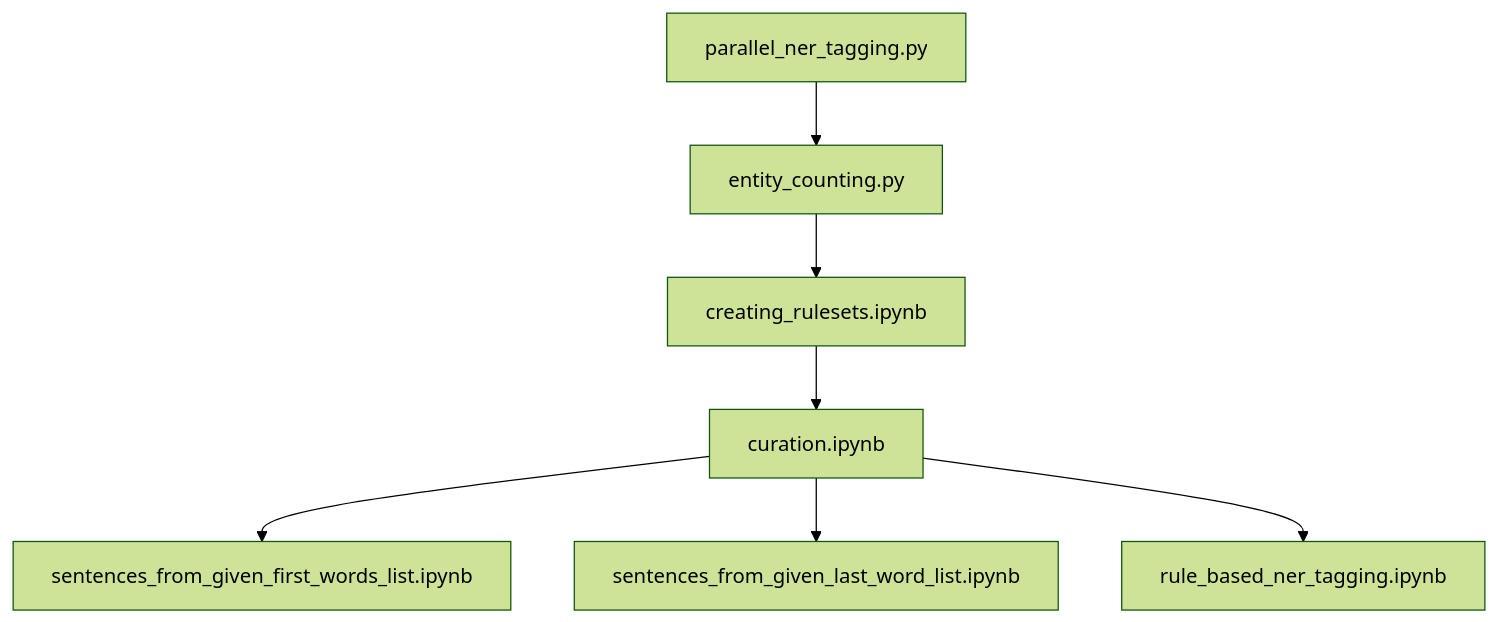
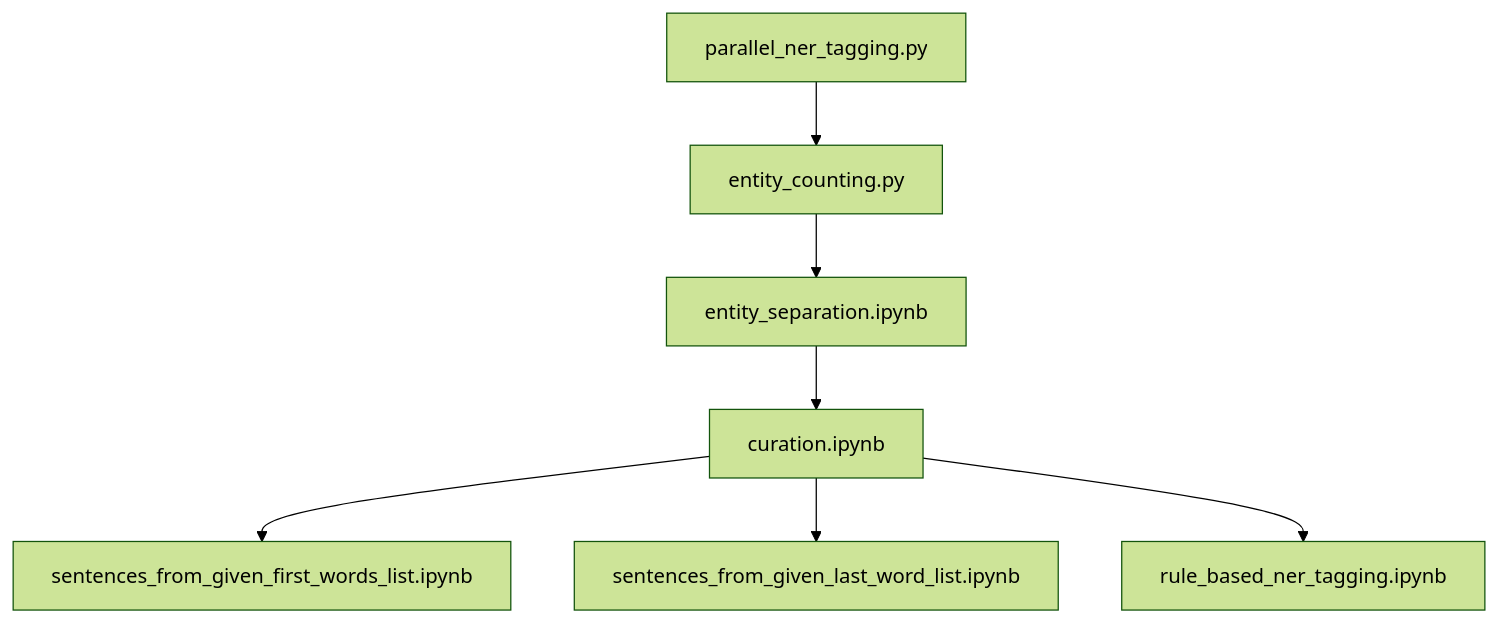
One commit to estnltk/estnltk-model-training changed the first of 7 diagrams in statistical_ner_labelling/readme.md. Above: the diagram before and after it, drawn with Mermaid (forest theme). The commit also changed 17 other files, not shown here.

````diff
--- a/statistical_ner_labelling/readme.md
+++ b/statistical_ner_labelling/readme.md
@@ -5,9 +5,9 @@
 ```mermaid
 graph TD;
     parallel_ner_tagging.py-->entity_counting.py;
-    entity_counting.py-->creating_rulesets.ipynb;
-    creating_rulesets.ipynb-->curation.ipynb;
+    entity_counting.py-->entity_separation.ipynb;
+    entity_separation.ipynb-->curation.ipynb;
     curation.ipynb-->sentences_from_given_first_words_list.ipynb;
     curation.ipynb-->sentences_from_given_last_word_list.ipynb;
     curation.ipynb-->rule_based_ner_tagging.ipynb;
 ```
````
